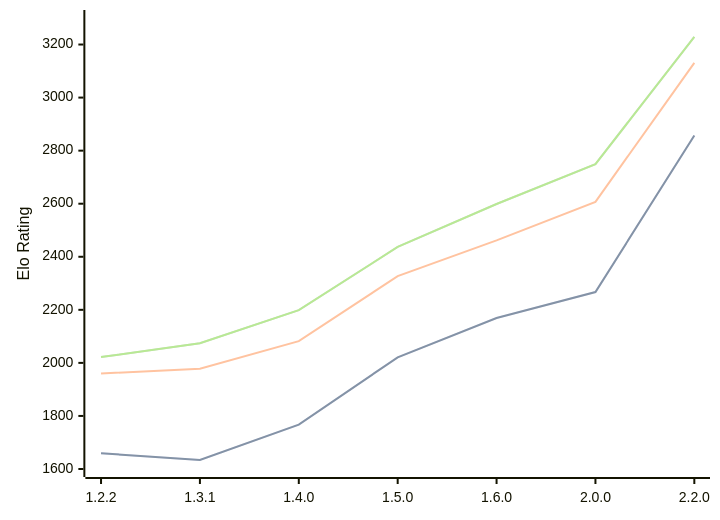
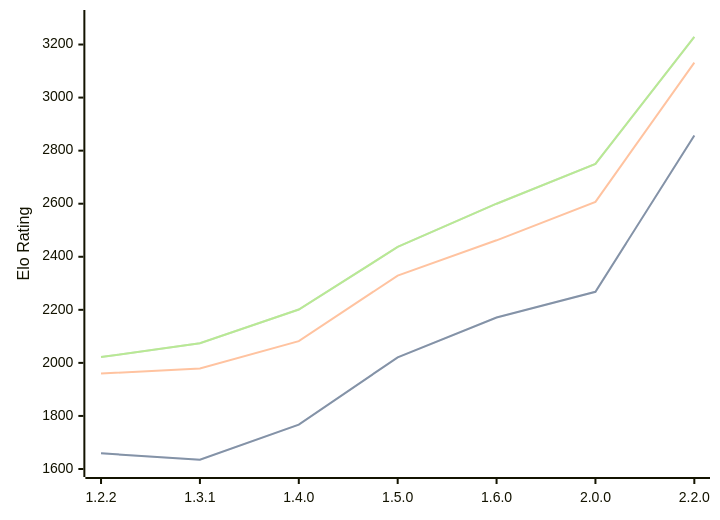
The diagram in engines/SoloEngine.md (computer-chess-index/cci), drawn with Mermaid before and after one commit. The commit also changed other lines of this file, not shown here.

Commit message:
Update CCI Ratings (ELO VLTC) - 2026-08-21

````diff
--- a/engines/SoloEngine.md
+++ b/engines/SoloEngine.md
@@ -38,11 +38,11 @@
 ```mermaid
 %%{init: {"theme":"base","themeVariables":{"seriesColors:['#a3a3a3','#222221','#faa371']}}}%%
 xychart-beta
   x-axis ["1.2.2", "1.3.1", "1.4.0", "1.5.0", "1.6.0", "2.0.0", "2.2.0"]
   y-axis "Elo Rating" 1600 --> 3300
-  line "STC (8.0+0.08s)" [1659, 1634, 1767, 2021, 2169, 2267, 2857]
-  line "STC (8.0+0.08s)" [1659, 1634, 1767, 2021, 2169, 2267, 2857]
-  line "LTC (60.0+0.60s)" [1960, 1978, 2082, 2327, 2462, 2607, 3131]
-  line "VLTC (2m24s+1.12s)" [2022, 2074, 2199, 2437, 2599, 2749, 3229]
-  line "VLTC (2m24s+1.12s)" [2022, 2074, 2199, 2437, 2599, 2749, 3229]
+  line "STC (8.0+0.08s)" [1659, 1635, 1767, 2021, 2171, 2268, 2857]
+  line "STC (8.0+0.08s)" [1659, 1635, 1767, 2021, 2171, 2268, 2857]
+  line "LTC (60.0+0.60s)" [1960, 1979, 2082, 2329, 2462, 2607, 3132]
+  line "VLTC (2m24s+1.12s)" [2022, 2074, 2201, 2437, 2600, 2750, 3229]
+  line "VLTC (2m24s+1.12s)" [2022, 2074, 2201, 2437, 2600, 2750, 3229]
 ```
````
